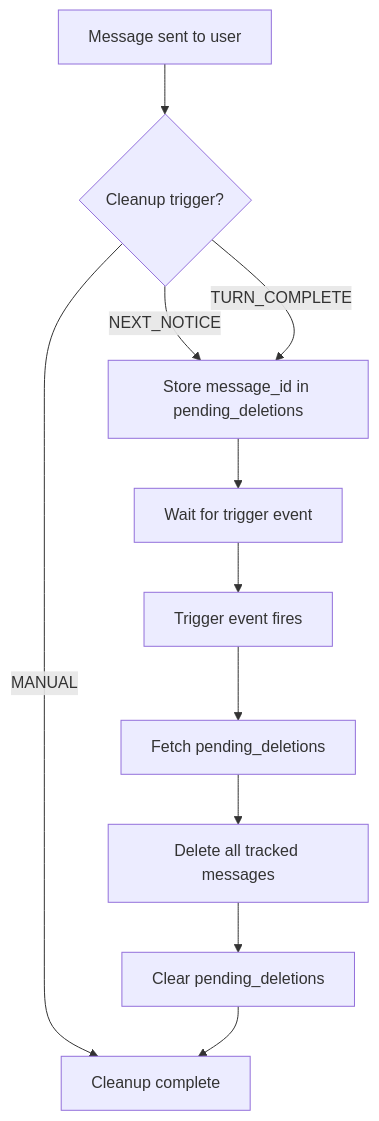
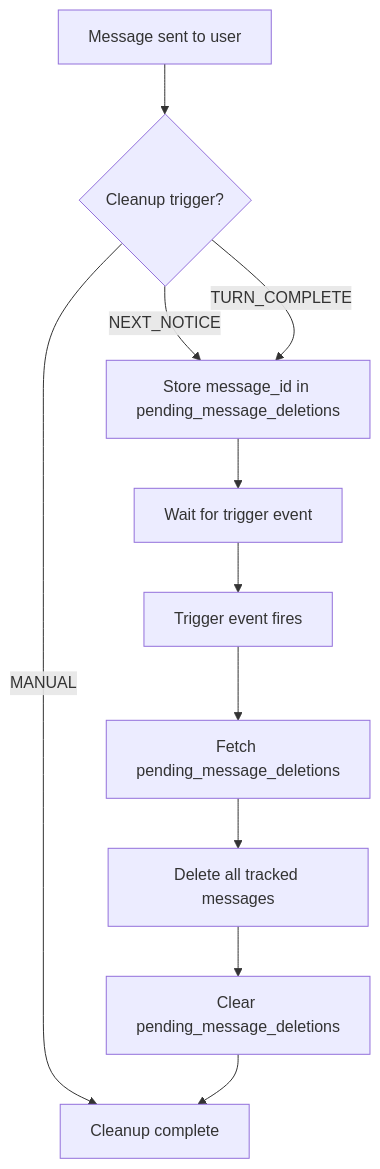
The fourth of 7 diagrams in docs/project/design/architecture/ui-adapter.md (InstruktAI/TeleClaude), drawn with Mermaid before and after one commit. The commit also changed other lines of this file and 80 other files, not shown here.

````diff
--- a/docs/project/design/architecture/ui-adapter.md
+++ b/docs/project/design/architecture/ui-adapter.md
@@ -114,23 +114,23 @@
 ```mermaid
 flowchart TD
     MessageSent[Message sent to user]
     CheckTrigger{Cleanup trigger?}
-    StoreInDB[Store message_id in pending_deletions]
+    StoreInDB[Store message_id in pending_message_deletions]
     WaitForTrigger[Wait for trigger event]
     TriggerFires[Trigger event fires]
-    FetchPending[Fetch pending_deletions]
+    FetchPending[Fetch pending_message_deletions]
     DeleteAll[Delete all tracked messages]
-    ClearDB[Clear pending_deletions]
+    ClearDB[Clear pending_message_deletions]
     Done[Cleanup complete]
 
     MessageSent --> CheckTrigger
     CheckTrigger -->|NEXT_NOTICE| StoreInDB
     CheckTrigger -->|TURN_COMPLETE| StoreInDB
     CheckTrigger -->|MANUAL| Done
     StoreInDB --> WaitForTrigger
     WaitForTrigger --> TriggerFires
     TriggerFires --> FetchPending
     FetchPending --> DeleteAll
     DeleteAll --> ClearDB
     ClearDB --> Done
 ```
````
